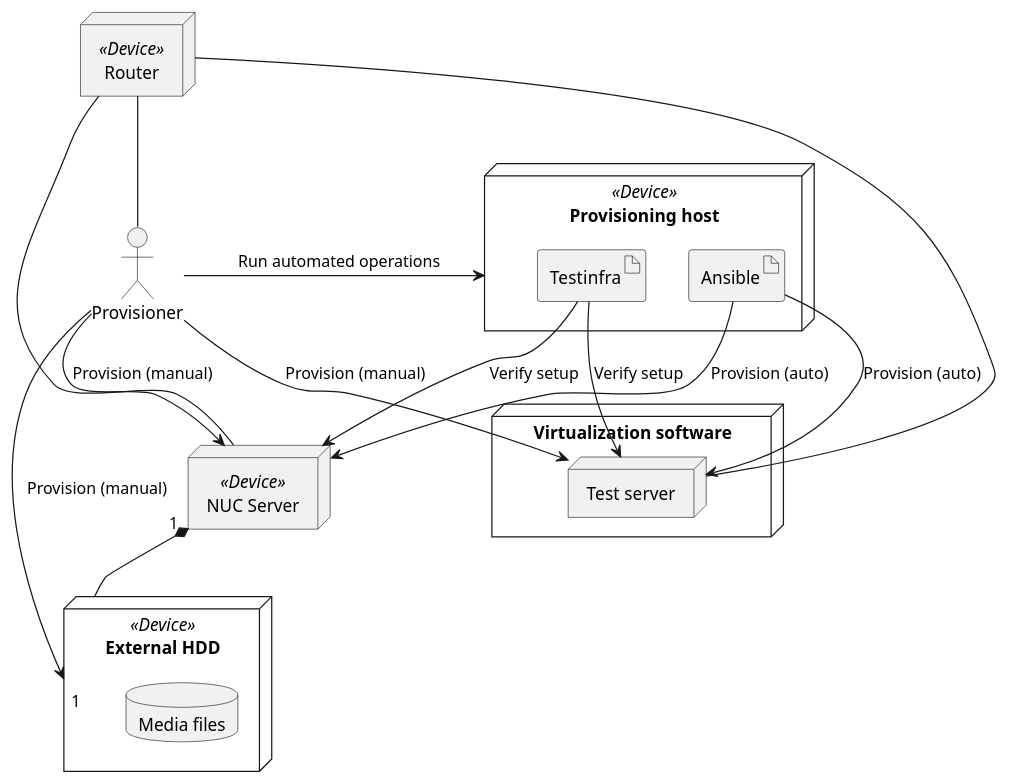
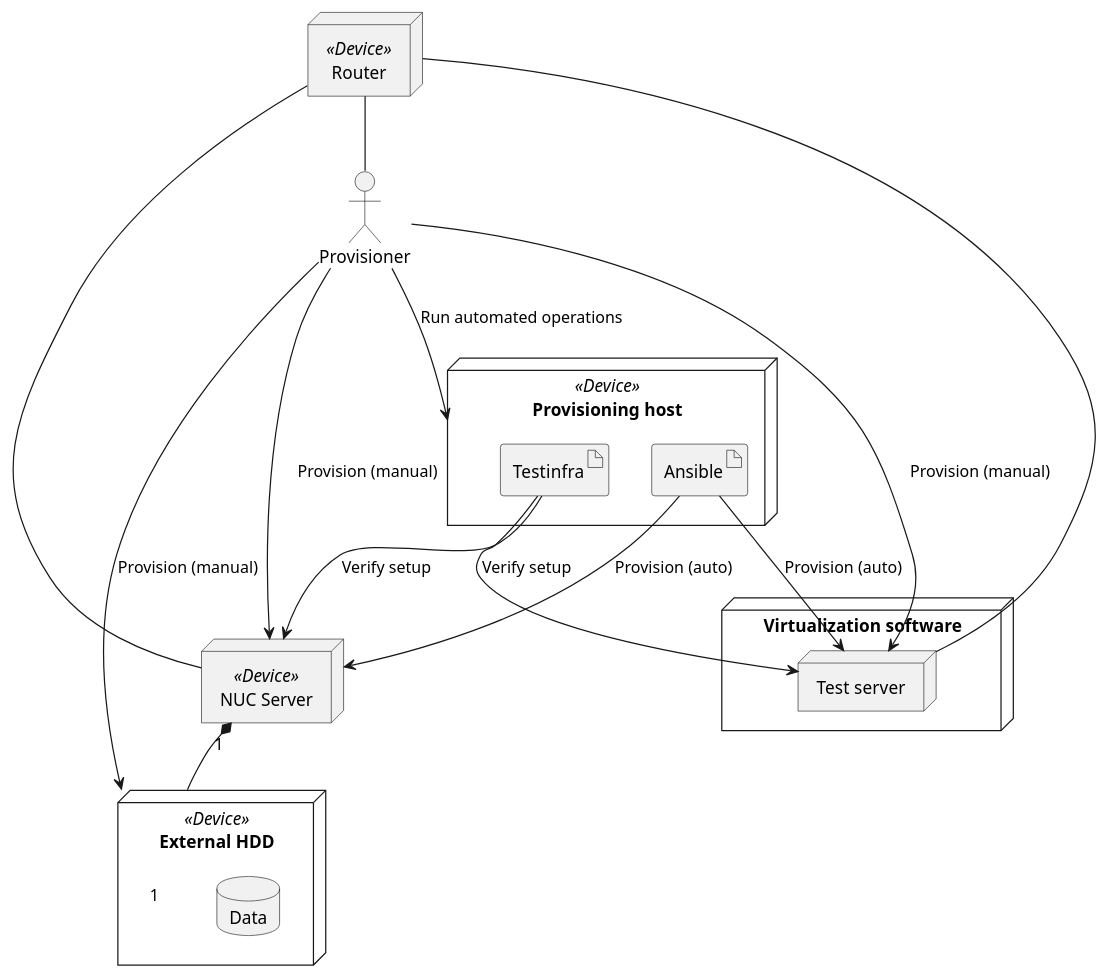
The diagram in assets/posts/guides/2021-11-18-home-server-setup/deployment-diagram.puml (kibihrchak/kibihrchak.github.io), drawn with PlantUML before and after one commit. The commit also changed 1 other file, not shown here.

```diff
--- a/assets/posts/guides/2021-11-18-home-server-setup/deployment-diagram.puml
+++ b/assets/posts/guides/2021-11-18-home-server-setup/deployment-diagram.puml
@@ -1,40 +1,40 @@
 @startuml
 
 '   - - - - - - - - - - - - - - - - - - - - - - - - - - - - - - - - - -
 '   Nodes
 
 actor       "Provisioner"                       as prv
 node        "Provisioning host" <<Device>>      as phs {
 artifact    "Ansible"                           as ans
 artifact    "Testinfra"                         as tif
 }
 node        "Virtualization software"           as vsw {
 node        "Test server"                       as tsv
 }
 node        "NUC Server" <<Device>>             as srv
 node        "External HDD" <<Device>>           as hdd {
-database    "Media files"                       as mef
+database    "Data"                              as mef
 }
 node        "Router" <<Device>>                 as rtr
 
 '   - - - - - - - - - - - - - - - - - - - - - - - - - - - - - - - - - -
 '   Relations
 
-srv     "1"     *-d-    "1"     hdd
+srv     "1"     *--     "1"     hdd
 
-prv             -d->            tsv : Provision (manual)
-prv             -d->            srv : Provision (manual)
-prv             -d->            hdd : Provision (manual)
-prv             -r->            phs : Run automated operations
+prv             -->             tsv : Provision (manual)
+prv             -->             srv : Provision (manual)
+prv             -->             hdd : Provision (manual)
+prv             -->             phs : Run automated operations
 
 ans             -->             tsv : Provision (auto)
 ans             -->             srv : Provision (auto)
 
 tif             -->             tsv : Verify setup
 tif             -->             srv : Verify setup
 
 rtr             --              prv
 rtr             --              tsv
 rtr             --              srv
 
 @enduml
```
